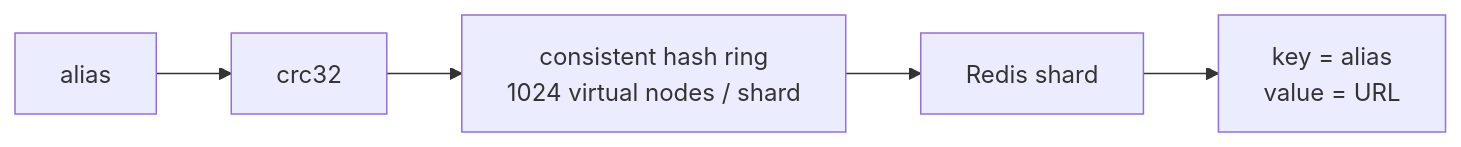
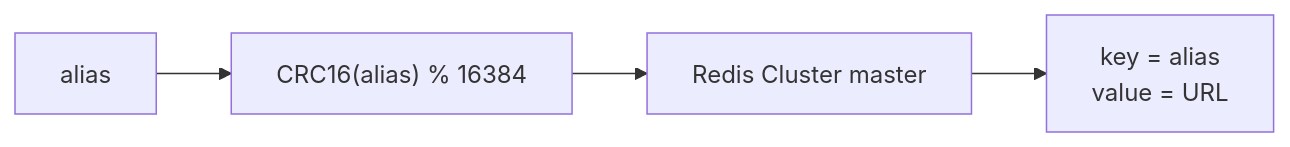
Before and after one commit to sumiredc/alias-url: the second of 4 diagrams in variants/distributed/README.md, drawn with Mermaid. The commit also changed other lines of this file and 27 other files, not shown here.

````diff
--- a/variants/distributed/README.md
+++ b/variants/distributed/README.md
@@ -26,7 +26,6 @@
 ```mermaid
 flowchart LR
-    alias[alias] --> hash[crc32]
-    hash --> ring[consistent hash ring<br/>1024 virtual nodes / shard]
-    ring --> shard[Redis shard]
-    shard --> kv["key = alias<br/>value = URL"]
+    alias[alias] --> slot["CRC16(alias) % 16384"]
+    slot --> node[Redis Cluster master]
+    node --> kv["key = alias<br/>value = URL"]
 ```
````
